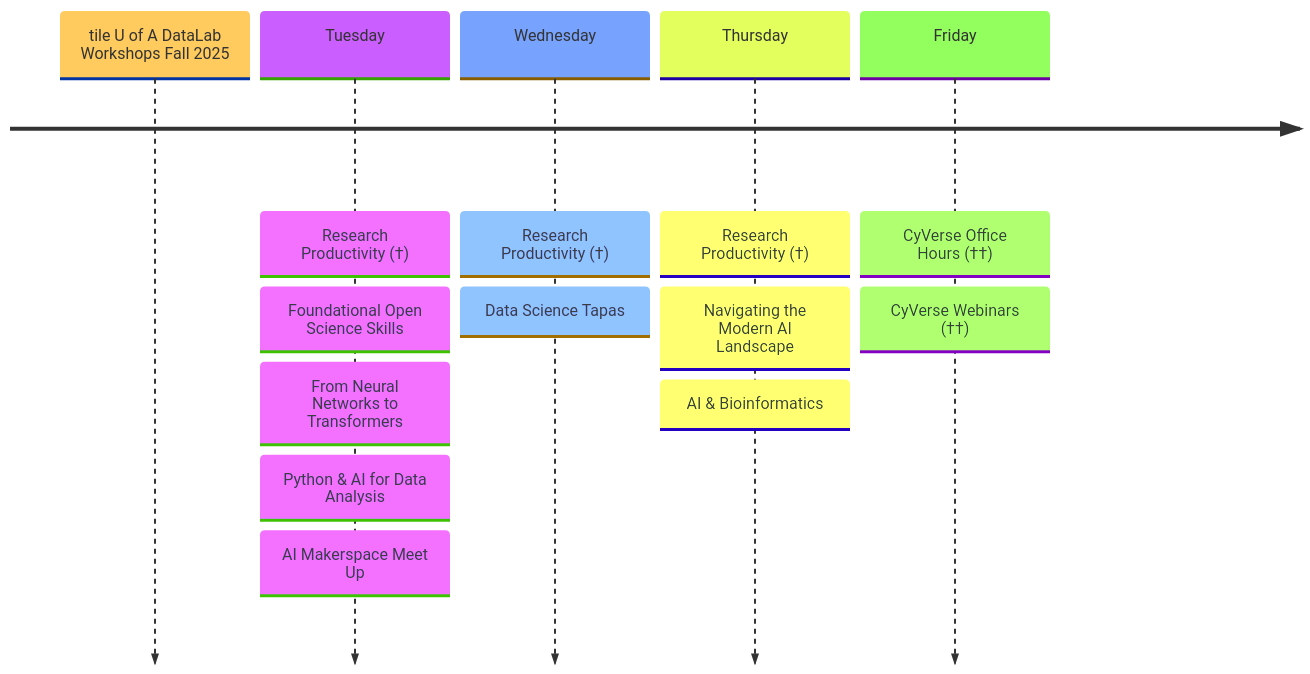
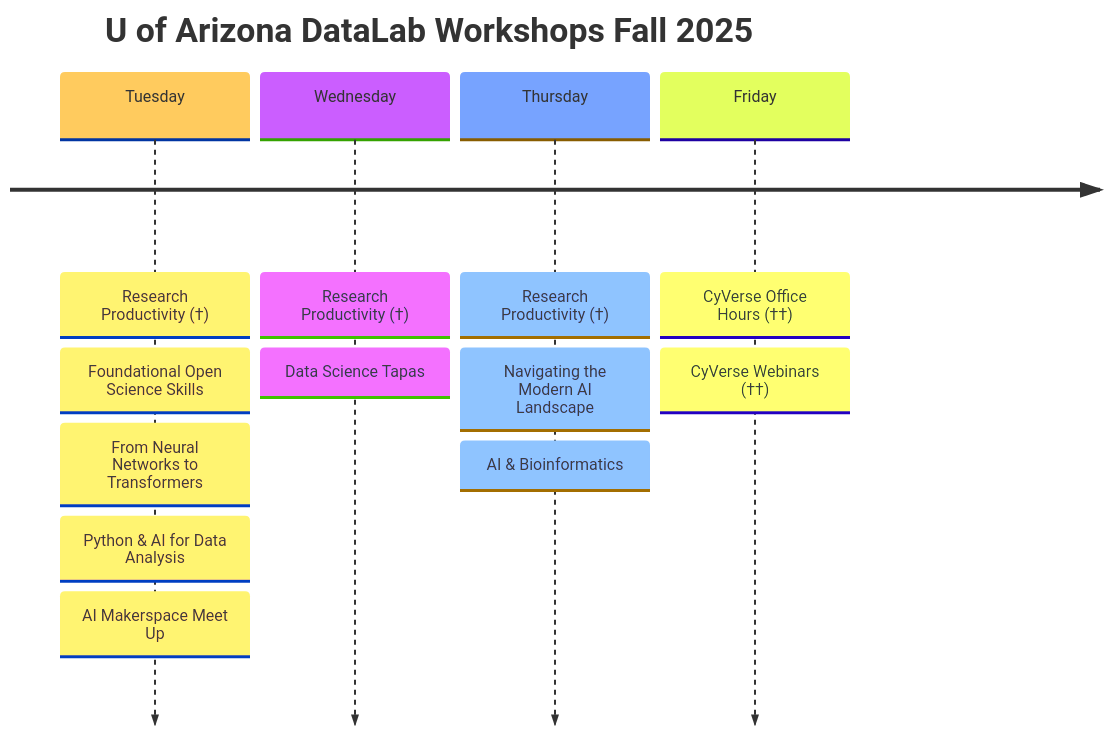
One commit to ua-datalab/ua-datalab.github.io changed the diagram in docs/index.md. Above: the diagram before and after it, drawn with Mermaid. The commit also changed other lines of this file, not shown here.

````diff
--- a/docs/index.md
+++ b/docs/index.md
@@ -31,17 +31,17 @@
 ```mermaid
 %%{init: { 'logLevel': 'debug', 'theme': 'base' } }%%
 timeline
-    tile U of A DataLab Workshops Fall 2025
+    title U of Arizona DataLab Workshops Fall 2025
     Tuesday : Research Productivity (†)
             : Foundational Open Science Skills
 	    : From Neural Networks to Transformers
 	    : Python & AI for Data Analysis
 	    : AI Makerspace Meet Up
     Wednesday : Research Productivity (†)
 	    : Data Science Tapas
     Thursday : Research Productivity (†)
     	     : Navigating the Modern AI Landscape
     	     : AI & Bioinformatics 
     Friday : CyVerse Office Hours (††)
     	   : CyVerse Webinars (††)
 ```
````
